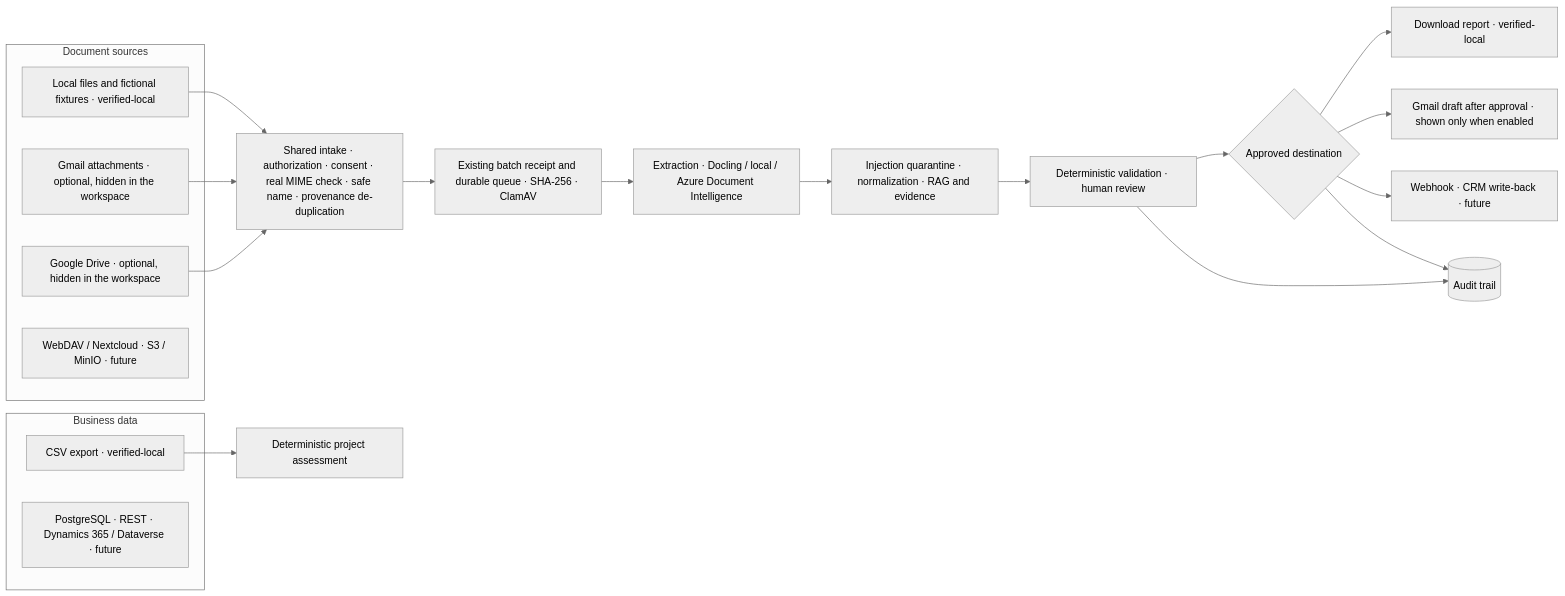
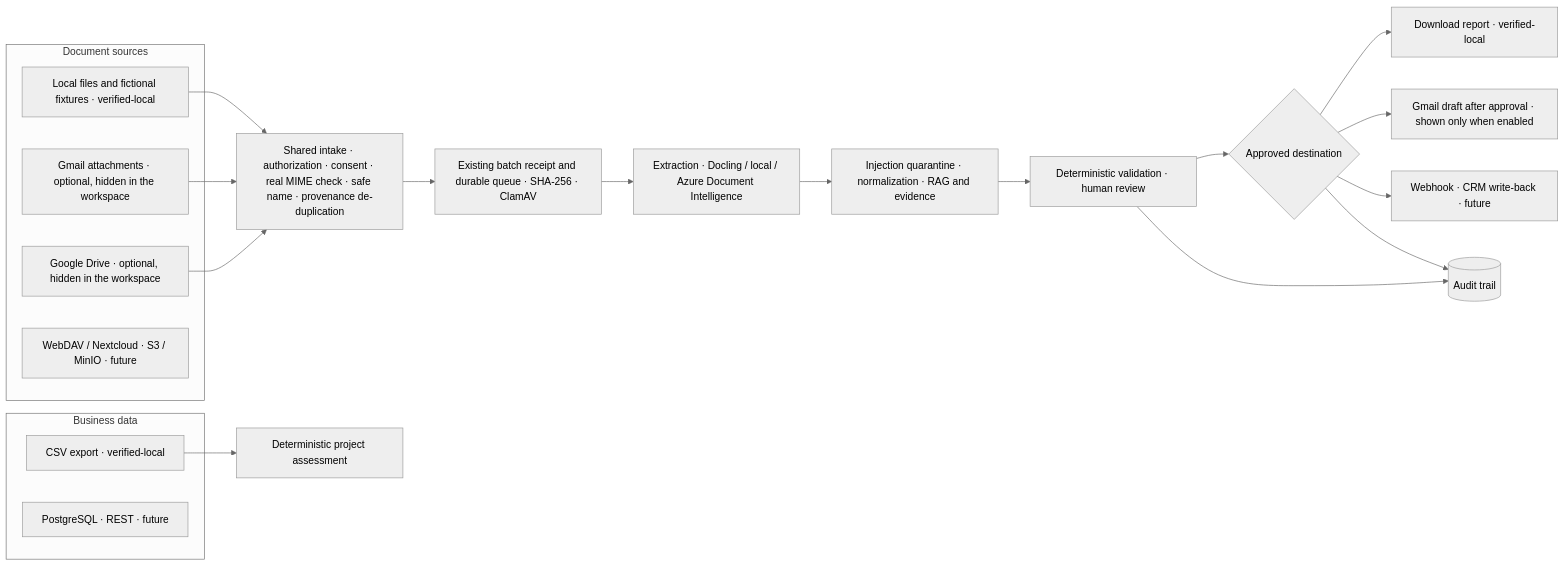
The diagram in docs/CONNECTORS.md (quocvietphung/document-intelligence-lab), drawn with Mermaid (neutral theme) before and after one commit. The commit also changed other lines of this file and 5 other files, not shown here.

First line of the commit message:
chore: remove the planned Dynamics 365 / Dataverse connector

````diff
--- a/docs/CONNECTORS.md
+++ b/docs/CONNECTORS.md
@@ -5,24 +5,24 @@
 ```mermaid
 flowchart LR
     subgraph Sources[Document sources]
       L[Local files and fictional fixtures · verified-local]
       G[Gmail attachments · optional, hidden in the workspace]
       D[Google Drive · optional, hidden in the workspace]
       F1[WebDAV / Nextcloud · S3 / MinIO · future]
     end
     subgraph Data[Business data]
       C[CSV export · verified-local]
-      F2[PostgreSQL · REST · Dynamics 365 / Dataverse · future]
+      F2[PostgreSQL · REST · future]
     end
     L & G & D --> I[Shared intake · authorization · consent · real MIME check · safe name · provenance de-duplication]
     I --> Q[Existing batch receipt and durable queue · SHA-256 · ClamAV]
     Q --> X[Extraction · Docling / local / Azure Document Intelligence]
     X --> GU[Injection quarantine · normalization · RAG and evidence]
     GU --> R[Deterministic validation · human review]
     C --> PA[Deterministic project assessment]
     R --> DS{Approved destination}
     DS --> RP[Download report · verified-local]
     DS --> GD[Gmail draft after approval · shown only when enabled]
     DS --> F3[Webhook · CRM write-back · future]
     R & DS --> A[(Audit trail)]
 ```
````
